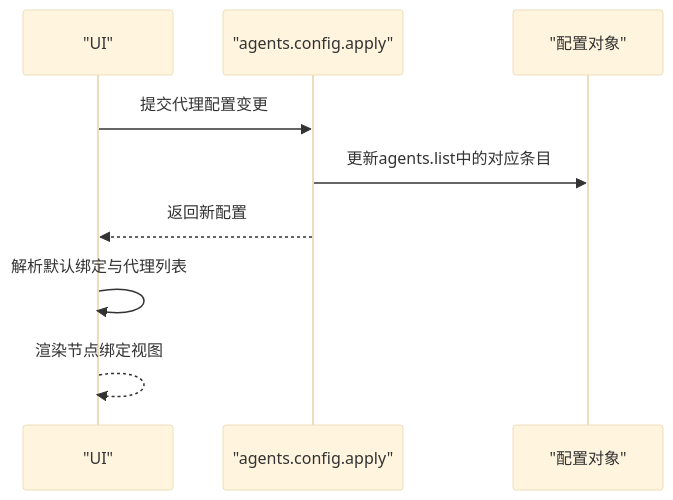
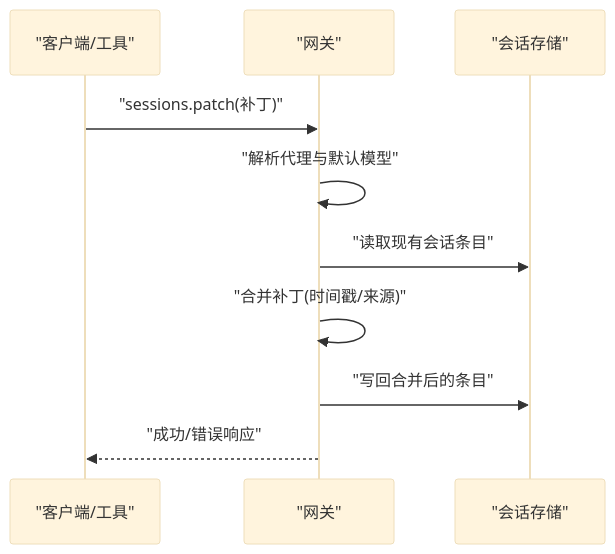
One commit to HACK-WU/openclaw changed the seventh of 11 diagrams in .qoder/repowiki/zh/content/AI代理系统/AI代理系统.md. Above: the diagram before and after it, drawn with Mermaid (base theme). The commit also changed other lines of this file and 549 other files, not shown here.

````diff
--- a/.qoder/repowiki/zh/content/AI代理系统/AI代理系统.md
+++ b/.qoder/repowiki/zh/content/AI代理系统/AI代理系统.md
@@ -298,11 +292,12 @@
 ```mermaid
 sequenceDiagram
-participant UI as "UI"
-participant Cmd as "agents.config.apply"
-participant Cfg as "配置对象"
-UI->>Cmd : 提交代理配置变更
-Cmd->>Cfg : 更新agents.list中的对应条目
-Cmd-->>UI : 返回新配置
-UI->>UI : 解析默认绑定与代理列表
-UI-->>UI : 渲染节点绑定视图
+participant Client as "客户端/工具"
+participant GW as "网关"
+participant Store as "会话存储"
+Client->>GW : "sessions.patch(补丁)"
+GW->>GW : "解析代理与默认模型"
+GW->>Store : "读取现有会话条目"
+GW->>GW : "合并补丁(时间戳/来源)"
+GW->>Store : "写回合并后的条目"
+GW-->>Client : "成功/错误响应"
 ```
````
